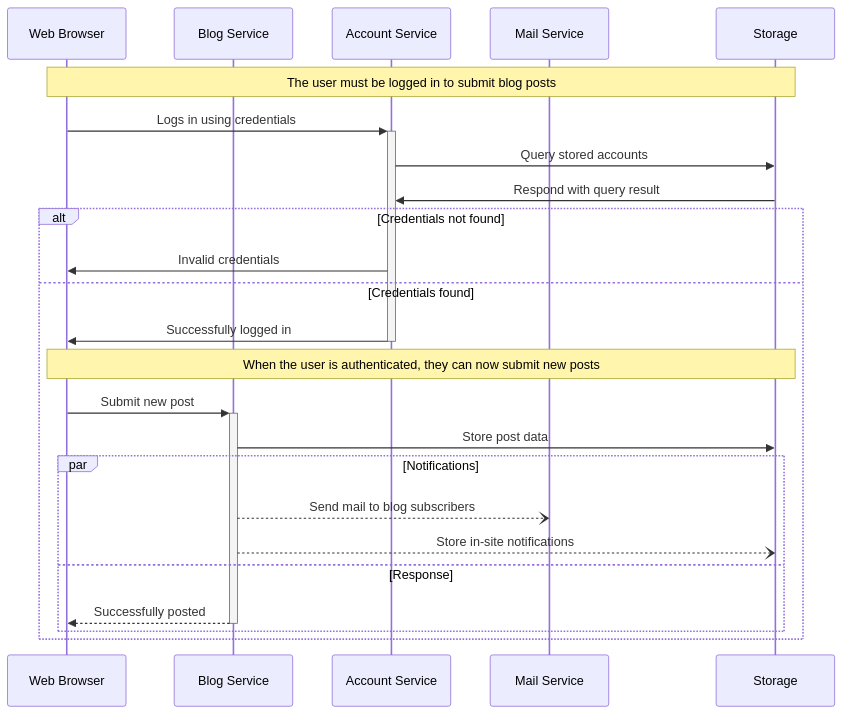
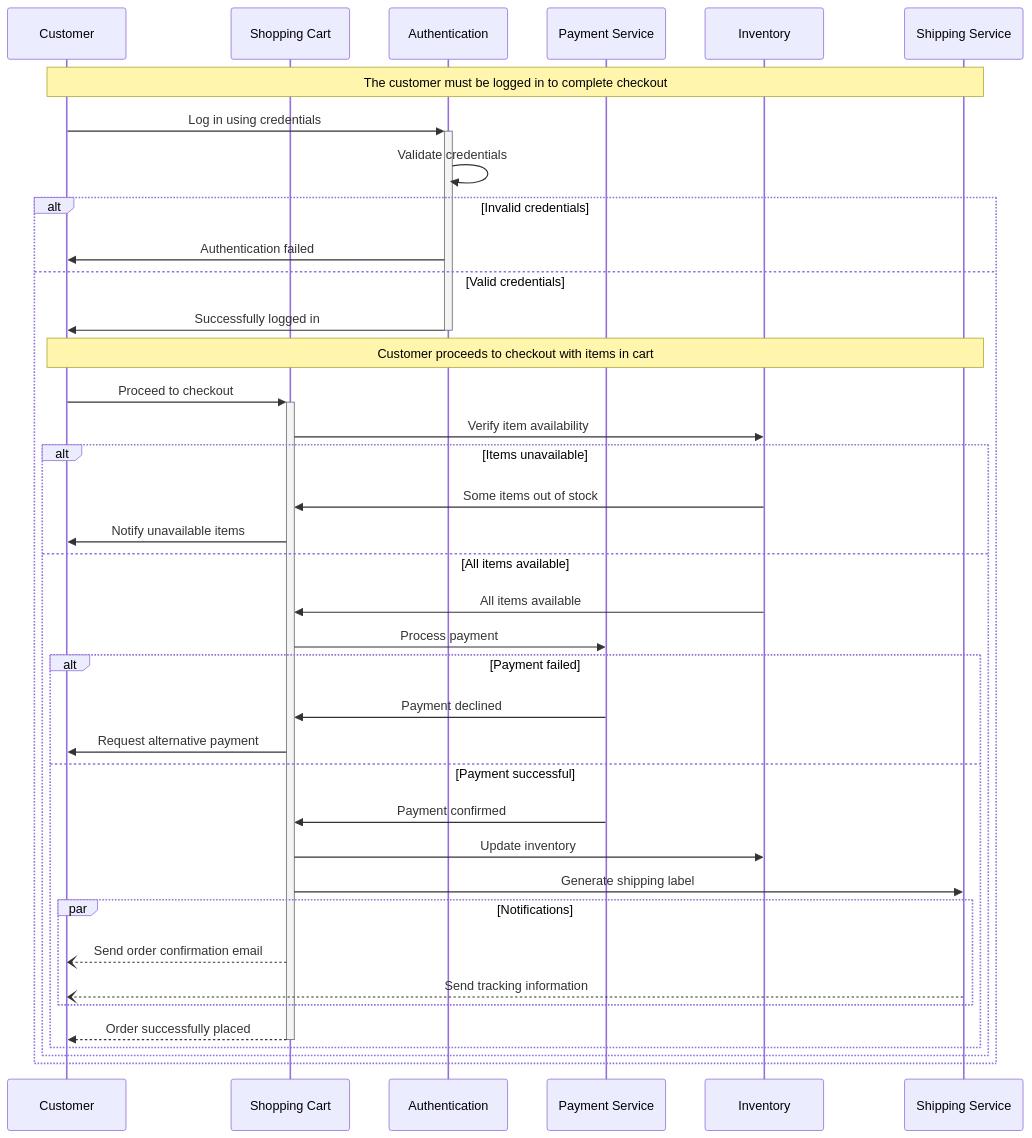
Before and after one commit to chronick/mermaid-diagram-editor: the diagram in public/examples/sequence-blog-service.mermaid, drawn with Mermaid. The commit also changed 16 other files, not shown here.

```diff
--- a/public/examples/sequence-blog-service.mermaid
+++ b/public/examples/sequence-blog-service.mermaid
@@ -1,28 +1,45 @@
 sequenceDiagram
-    participant web as Web Browser
-    participant blog as Blog Service
-    participant account as Account Service
-    participant mail as Mail Service
-    participant db as Storage
+    participant User as Customer
+    participant Cart as Shopping Cart
+    participant Auth as Authentication
+    participant Pay as Payment Service
+    participant Inv as Inventory
+    participant Ship as Shipping Service
 
-    Note over web,db: The user must be logged in to submit blog posts
-    web->>+account: Logs in using credentials
-    account->>db: Query stored accounts
-    db->>account: Respond with query result
+    Note over User,Ship: The customer must be logged in to complete checkout
+    User->>+Auth: Log in using credentials
+    Auth->>Auth: Validate credentials
 
-    alt Credentials not found
-        account->>web: Invalid credentials
-    else Credentials found
-        account->>-web: Successfully logged in
+    alt Invalid credentials
+        Auth->>User: Authentication failed
+    else Valid credentials
+        Auth->>-User: Successfully logged in
 
-        Note over web,db: When the user is authenticated, they can now submit new posts
-        web->>+blog: Submit new post
-        blog->>db: Store post data
-
-        par Notifications
-            blog--)mail: Send mail to blog subscribers
-            blog--)db: Store in-site notifications
-        and Response
-            blog-->>-web: Successfully posted
+        Note over User,Ship: Customer proceeds to checkout with items in cart
+        User->>+Cart: Proceed to checkout
+        Cart->>Inv: Verify item availability
+        
+        alt Items unavailable
+            Inv->>Cart: Some items out of stock
+            Cart->>User: Notify unavailable items
+        else All items available
+            Inv->>Cart: All items available
+            Cart->>Pay: Process payment
+            
+            alt Payment failed
+                Pay->>Cart: Payment declined
+                Cart->>User: Request alternative payment
+            else Payment successful
+                Pay->>Cart: Payment confirmed
+                Cart->>Inv: Update inventory
+                Cart->>Ship: Generate shipping label
+                
+                par Notifications
+                    Cart--)User: Send order confirmation email
+                    Ship--)User: Send tracking information
+                end
+                
+                Cart-->>-User: Order successfully placed
+            end
         end
     end 
```
